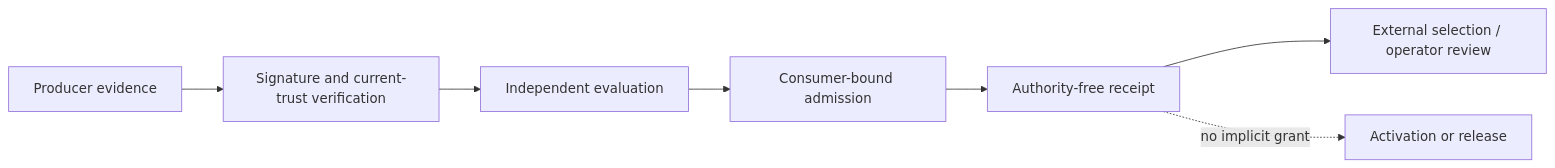
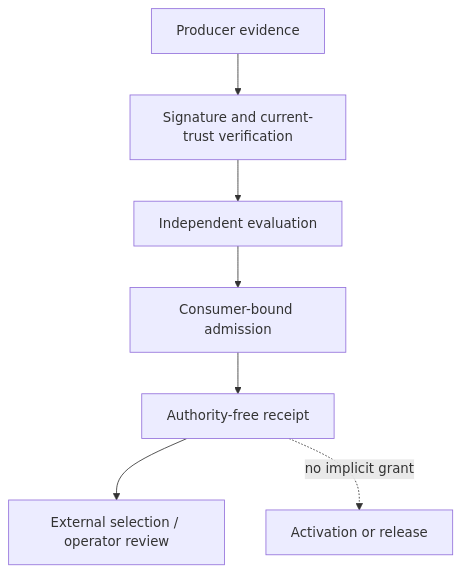
Before and after one commit to TrillionniumFoundation/hepta-private-ci: the first of 3 diagrams in docs/modules/learning.eval/DEVELOPER_GUIDE.md, drawn with Mermaid. The commit also changed other lines of this file and 9 other files, not shown here.

````diff
--- a/docs/modules/learning.eval/DEVELOPER_GUIDE.md
+++ b/docs/modules/learning.eval/DEVELOPER_GUIDE.md
@@ -31,9 +31,9 @@
 ```mermaid
-flowchart LR
+flowchart TD
     P[Producer evidence] --> V[Signature and current-trust verification]
     V --> E[Independent evaluation]
     E --> C[Consumer-bound admission]
     C --> R[Authority-free receipt]
     R --> X[External selection / operator review]
     R -. no implicit grant .-> D[Activation or release]
 ```
````
